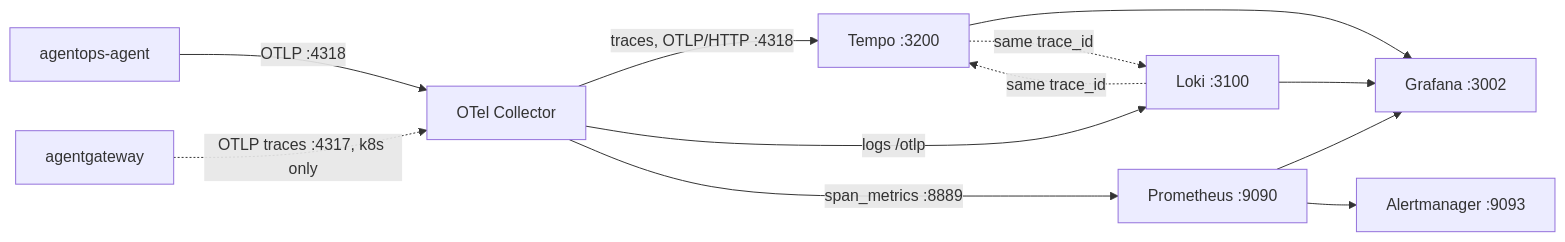
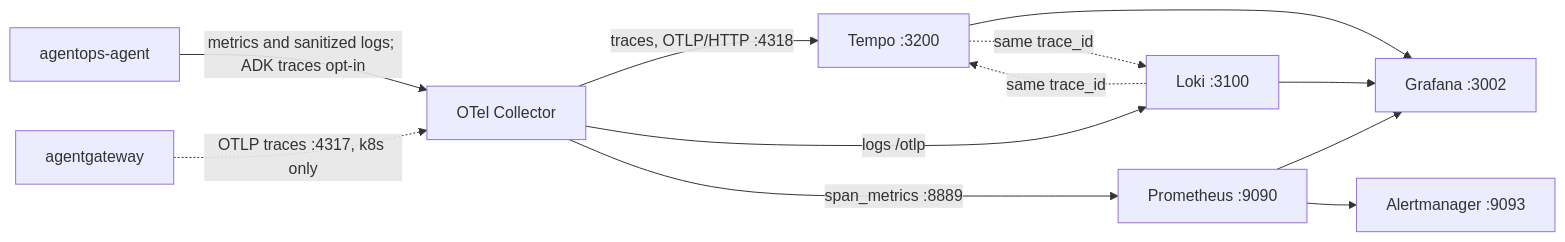
One commit to LuiGGi629/agentops-open-course changed the diagram in content/7. Observability/_index.md. Above: the diagram before and after it, drawn with Mermaid. The commit also changed other lines of this file and 87 other files, not shown here.

````diff
--- a/content/7. Observability/_index.md
+++ b/content/7. Observability/_index.md
@@ -57,14 +57,14 @@
 ```mermaid
 flowchart LR
-    Agent[agentops-agent] -->|OTLP :4318| Collector[OTel Collector]
+    Agent[agentops-agent] -->|metrics and sanitized logs; ADK traces opt-in| Collector[OTel Collector]
     Gateway[agentgateway] -.->|OTLP traces :4317, k8s only| Collector
     Collector -->|traces, OTLP/HTTP :4318| Tempo[Tempo :3200]
     Collector -->|logs /otlp| Loki[Loki :3100]
     Collector -->|span_metrics :8889| Prometheus[Prometheus :9090]
     Tempo --> Grafana[Grafana :3002]
     Prometheus --> Grafana
     Loki --> Grafana
     Tempo -. "same trace_id" .-> Loki
     Loki -. "same trace_id" .-> Tempo
     Prometheus --> Alertmanager[Alertmanager :9093]
 ```
````
